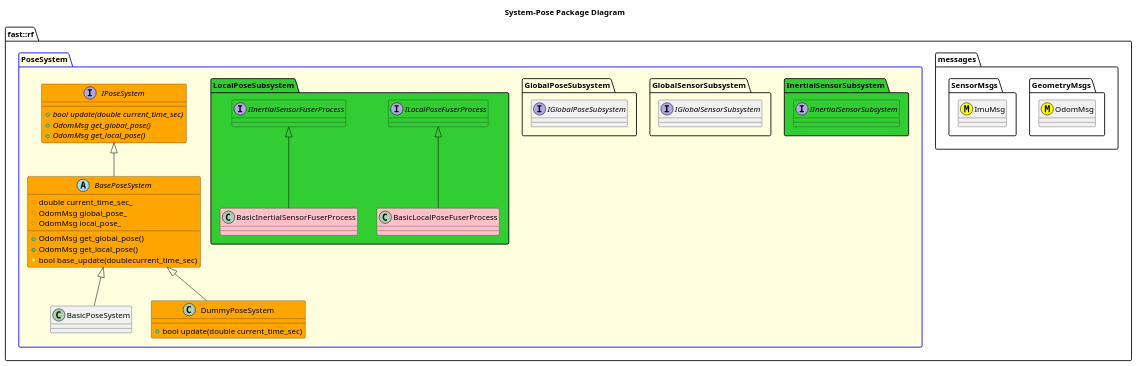
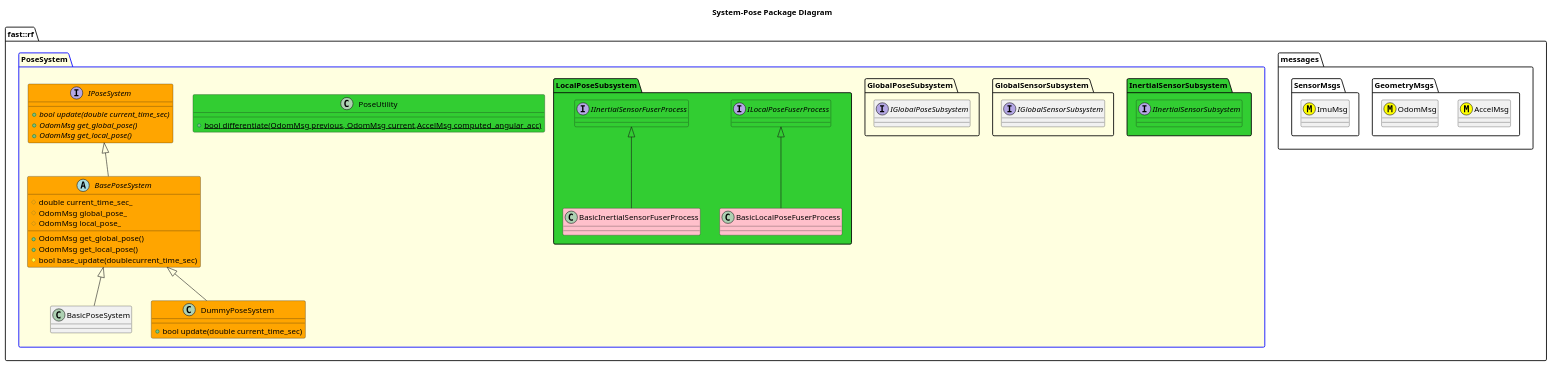
One commit to fastrobotics/robot_framework changed the diagram in Systems/Pose/doc/puml/SystemPosePackageDiagram.puml. Above: the diagram before and after it, drawn with PlantUML. The commit also changed 22 other files, not shown here.

```diff
--- a/Systems/Pose/doc/puml/SystemPosePackageDiagram.puml
+++ b/Systems/Pose/doc/puml/SystemPosePackageDiagram.puml
@@ -1,59 +1,63 @@
 @startuml
 title System-Pose Package Diagram
 
 namespace fast::rf {
   namespace messages {
     namespace GeometryMsgs {
+      class AccelMsg <<(M,#FFFF00)>>
       class OdomMsg <<(M,#FFFF00) >>
     }
     namespace SensorMsgs {
       class ImuMsg <<(M,#FFFF00) >>
     }
   }
   package PoseSystem #LightYellow;line:blue {
     namespace InertialSensorSubsystem #LimeGreen {
       interface IInertialSensorSubsystem #LimeGreen
 
     }
     namespace GlobalSensorSubsystem {
       interface IGlobalSensorSubsystem
     }
     namespace GlobalPoseSubsystem {
       interface IGlobalPoseSubsystem
     }
     namespace LocalPoseSubsystem #LimeGreen {
       interface IInertialSensorFuserProcess #LimeGreen {}
       class BasicInertialSensorFuserProcess #Pink {}
       BasicInertialSensorFuserProcess -up-|> IInertialSensorFuserProcess
 
       interface ILocalPoseFuserProcess #LimeGreen {}
       class BasicLocalPoseFuserProcess #Pink {}
       BasicLocalPoseFuserProcess -up-|> ILocalPoseFuserProcess
       
     }
+    class PoseUtility #LimeGreen {
+      +{static} bool differentiate(OdomMsg previous, OdomMsg current,AccelMsg computed_angular_acc)
+    }
 
     interface IPoseSystem #Orange {
       +{abstract} bool update(double current_time_sec)
       +{abstract} OdomMsg get_global_pose()
       +{abstract} OdomMsg get_local_pose()
     }
     abstract BasePoseSystem #Orange {
       +OdomMsg get_global_pose()
       +OdomMsg get_local_pose()
       #bool base_update(doublecurrent_time_sec)
       #double current_time_sec_
       #OdomMsg global_pose_
       #OdomMsg local_pose_
     }
     IPoseSystem <|-- BasePoseSystem
     class BasicPoseSystem {
 
     }
     BasePoseSystem <|-- BasicPoseSystem
     class DummyPoseSystem #Orange {
       +bool update(double current_time_sec)
     }
     BasePoseSystem <|-- DummyPoseSystem
   }
 }
 @enduml
```
